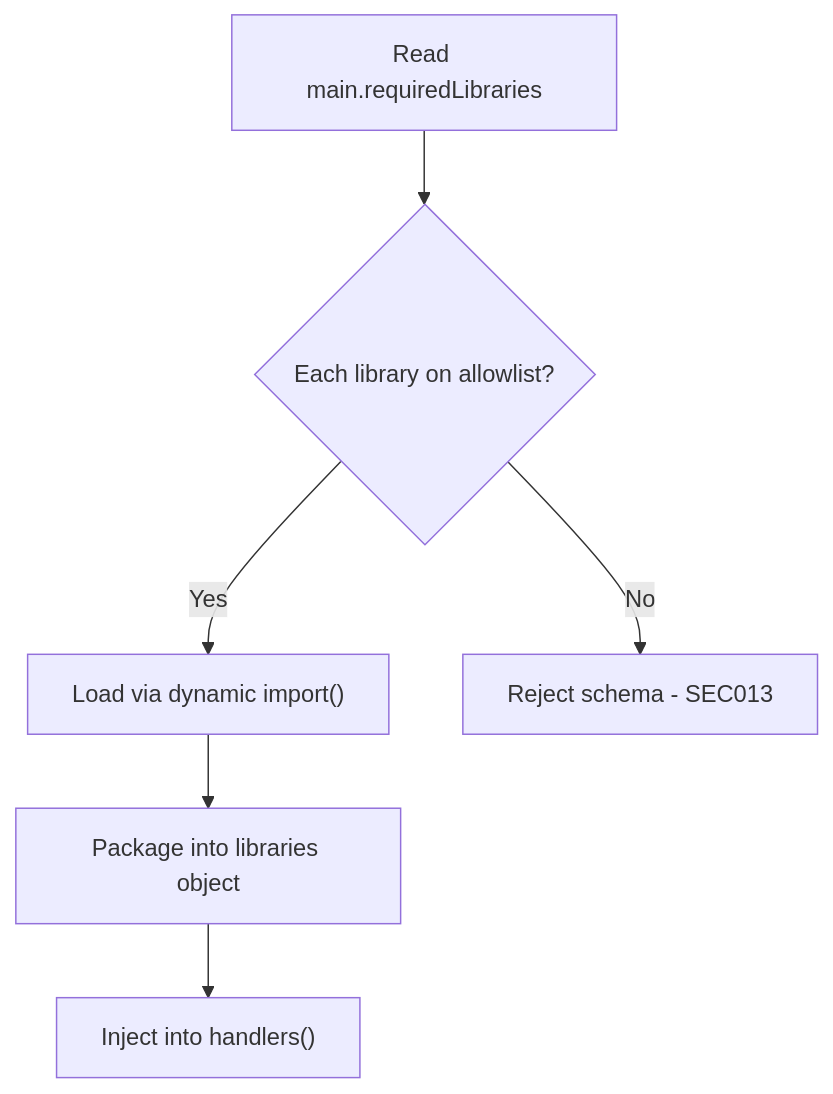
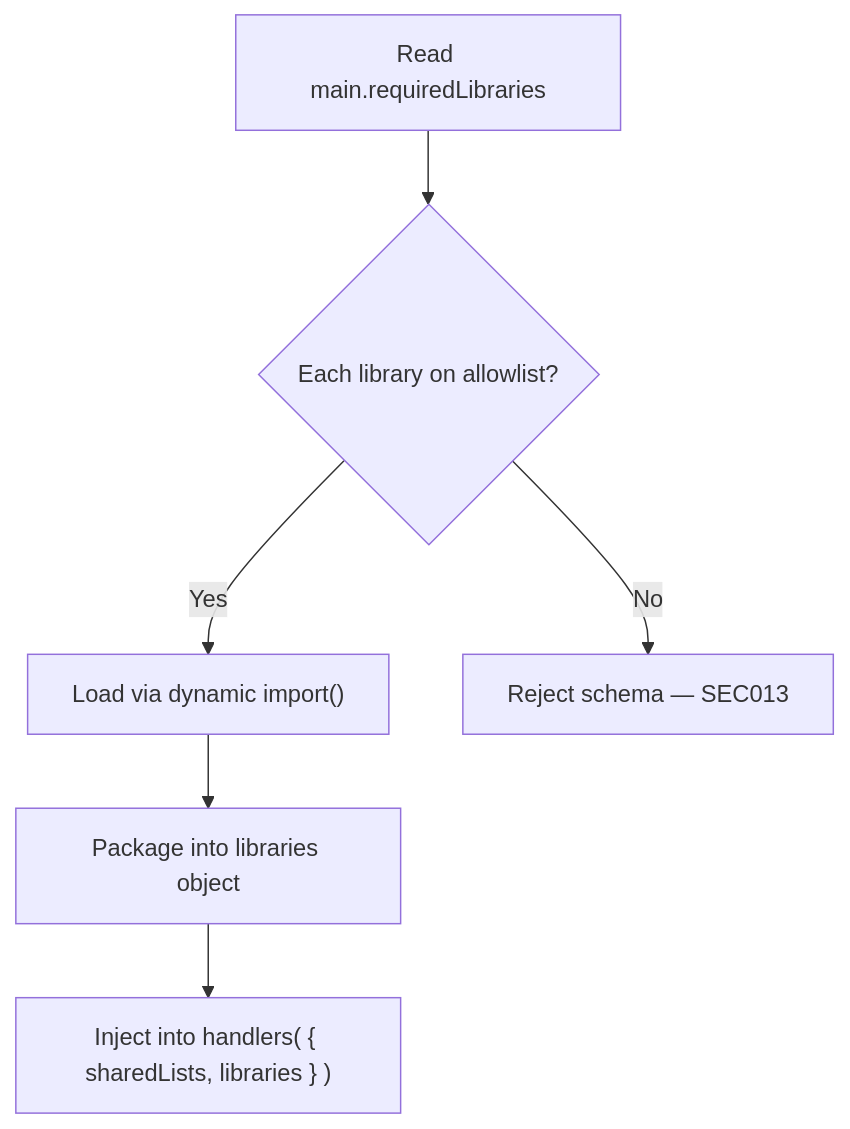
Before and after one commit to FlowMCP/flowmcp.github.io: the second of 3 diagrams in src/content/docs/specification/security.md, drawn with Mermaid. The commit also changed other lines of this file and 45 other files, not shown here.

````diff
--- a/src/content/docs/specification/security.md
+++ b/src/content/docs/specification/security.md
@@ -130,8 +152,8 @@
 ```mermaid
 flowchart TD
     A[Read main.requiredLibraries] --> B{Each library on allowlist?}
     B -->|Yes| C["Load via dynamic import()"]
-    B -->|No| D[Reject schema - SEC013]
+    B -->|No| D[Reject schema — SEC013]
     C --> E[Package into libraries object]
-    E --> F["Inject into handlers()"]
+    E --> F["Inject into handlers( { sharedLists, libraries } )"]
 ```
````
